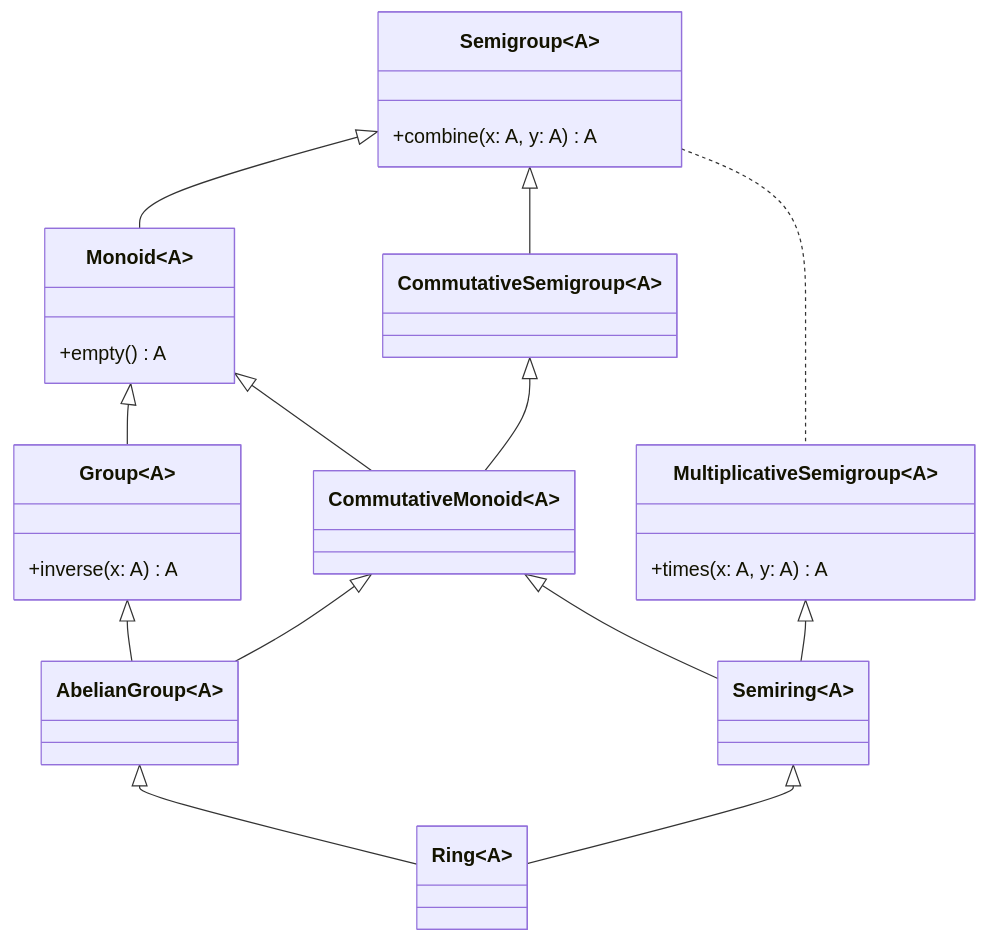
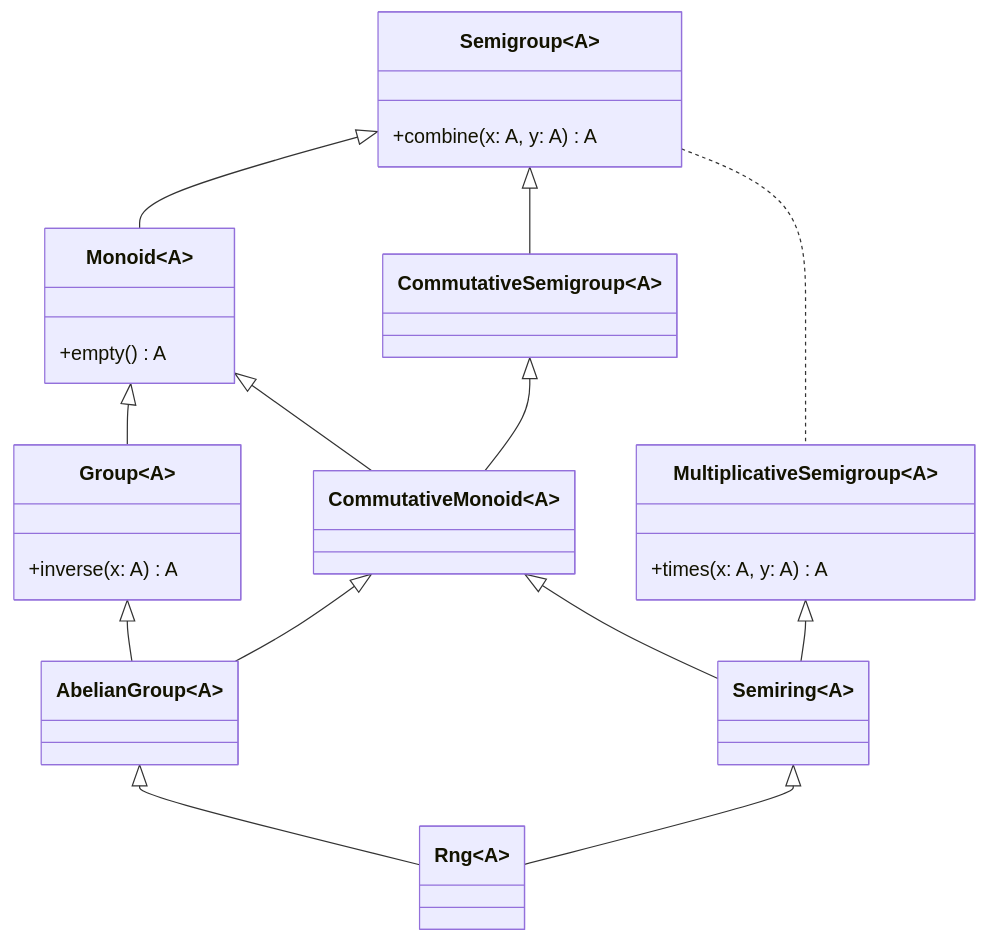
The diagram in docs/typeclass/monoid/rng.md (artemkorsakov/scalabook), drawn with Mermaid before and after one commit. The commit also changed other lines of this file and 8 other files, not shown here.

````diff
--- a/docs/typeclass/monoid/rng.md
+++ b/docs/typeclass/monoid/rng.md
@@ -48,32 +44,32 @@
 ```mermaid
 classDiagram
     class Semigroup~A~{
         +combine(x: A, y: A) A
     }  
     class Monoid~A~{
         +empty() A
     }
     Semigroup <|-- Monoid
     class CommutativeSemigroup~A~
     Semigroup <|-- CommutativeSemigroup  
     class Group~A~{
       +inverse(x: A) A
     }  
     Monoid <|-- Group 
     class CommutativeMonoid~A~
     Monoid <|-- CommutativeMonoid
     CommutativeSemigroup <|-- CommutativeMonoid
     class AbelianGroup~A~
     Group <|-- AbelianGroup
     CommutativeMonoid <|-- AbelianGroup
     class Semiring~A~
     CommutativeMonoid <|-- Semiring
     class MultiplicativeSemigroup~A~{
         +times(x: A, y: A) A
     }
     MultiplicativeSemigroup <|-- Semiring
     Semigroup .. MultiplicativeSemigroup
-    class Ring~A~
-    AbelianGroup <|-- Ring
-    Semiring <|-- Ring
+    class Rng~A~
+    AbelianGroup <|-- Rng
+    Semiring <|-- Rng
 ```
````
